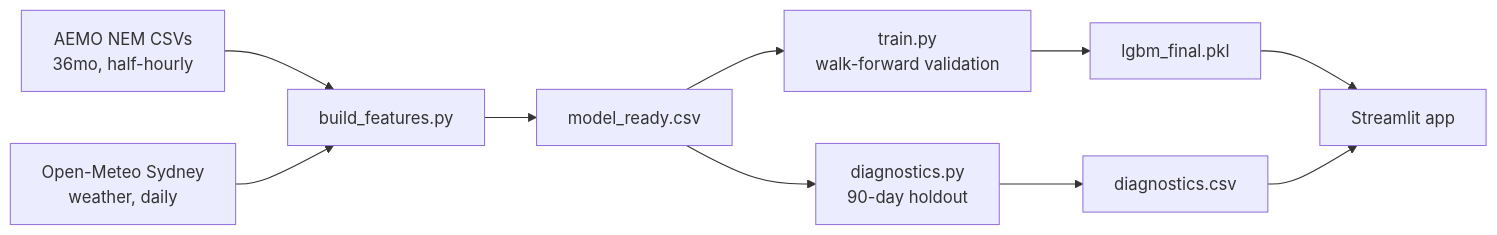
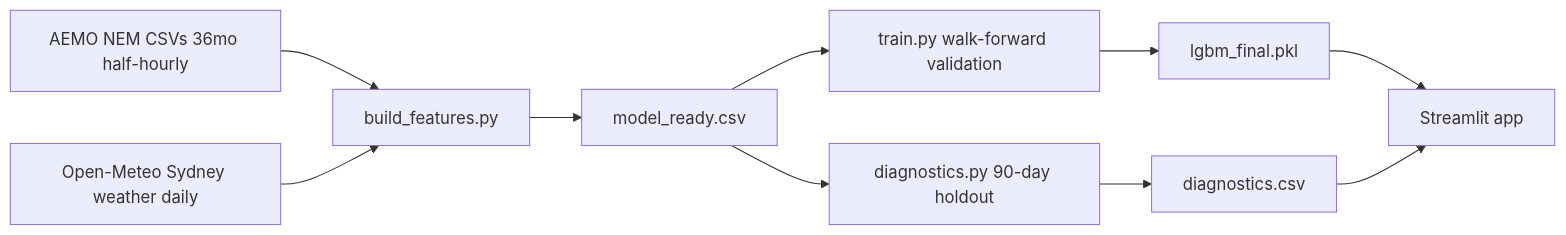
Before and after one commit to fahadamjad009/grid-demand-forecaster: the diagram in README.md, drawn with Mermaid. The commit also changed other lines of this file and 1 other file, not shown here.

Commit message:
Add LICENSE, project structure diagram, and dataset/prediction tables to README

````diff
--- a/README.md
+++ b/README.md
@@ -29,12 +29,12 @@
 ```mermaid
 flowchart LR
-    A[AEMO NEM CSVs<br/>36mo, half-hourly] --> C[build_features.py]
-    B[Open-Meteo Sydney<br/>weather, daily] --> C
+    A[AEMO NEM CSVs 36mo half-hourly] --> C[build_features.py]
+    B[Open-Meteo Sydney weather daily] --> C
     C --> D[model_ready.csv]
-    D --> E[train.py<br/>walk-forward validation]
-    D --> F[diagnostics.py<br/>90-day holdout]
+    D --> E[train.py walk-forward validation]
+    D --> F[diagnostics.py 90-day holdout]
     E --> G[lgbm_final.pkl]
     F --> H[diagnostics.csv]
     G --> I[Streamlit app]
     H --> I
 ```
````
